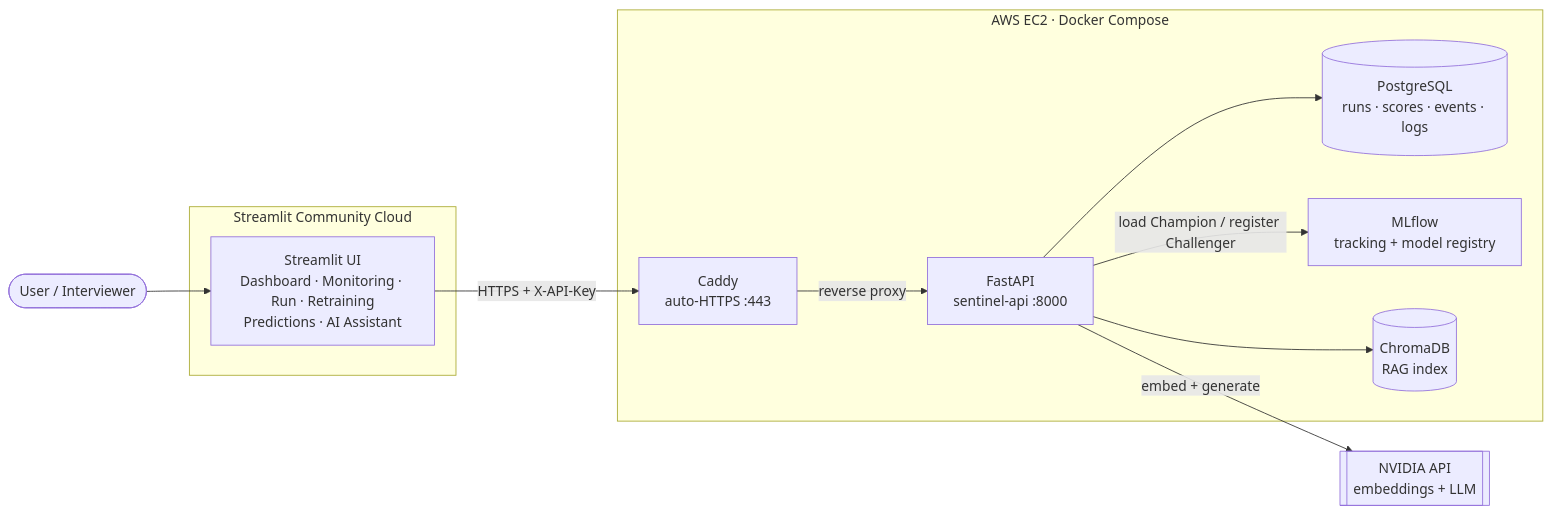
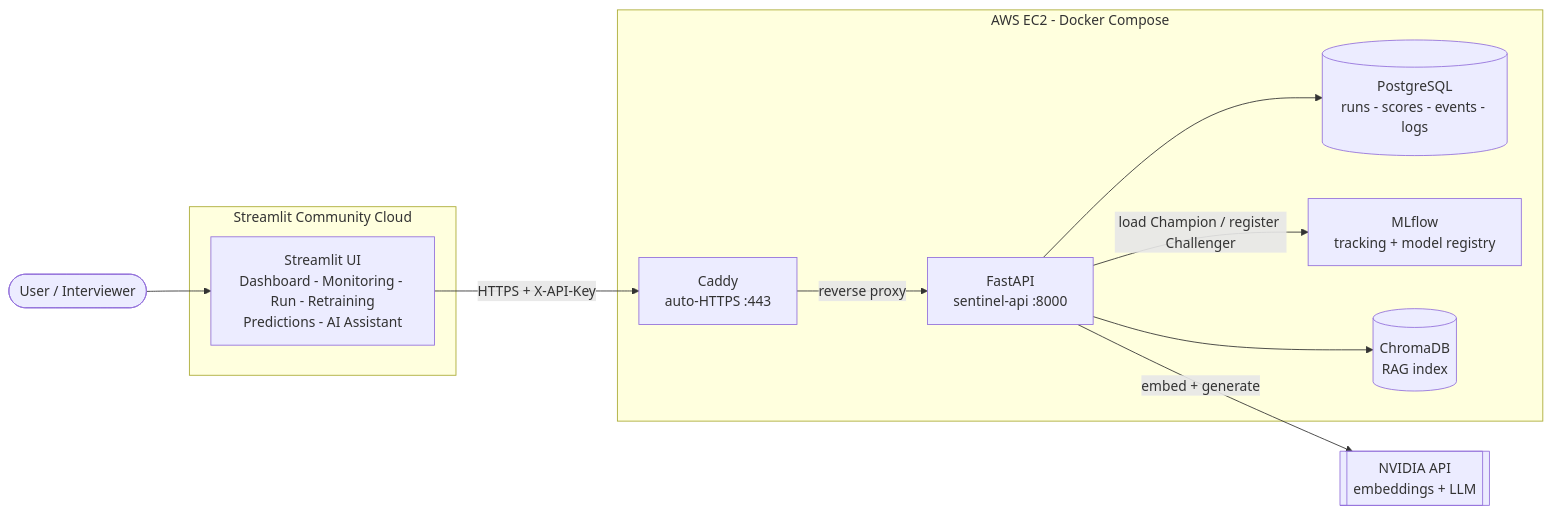
One commit to mohvijayjain/Sentinel-AI changed the first of 4 diagrams in README.md. Above: the diagram before and after it, drawn with Mermaid. The commit also changed other lines of this file, not shown here.

Commit message:
README: use plain-text Mermaid diagrams so GitHub renders them

````diff
--- a/README.md
+++ b/README.md
@@ -23,26 +23,26 @@
 ```mermaid
 flowchart LR
     User([User / Interviewer])
 
     subgraph UI["Streamlit Community Cloud"]
-        ST[Streamlit UI<br/>Dashboard · Monitoring · Run · Retraining<br/>Predictions · AI Assistant]
+        ST[Streamlit UI<br/>Dashboard - Monitoring - Run - Retraining<br/>Predictions - AI Assistant]
     end
 
-    subgraph EC2["AWS EC2 · Docker Compose"]
+    subgraph EC2["AWS EC2 - Docker Compose"]
         CADDY[Caddy<br/>auto-HTTPS :443]
         API[FastAPI<br/>sentinel-api :8000]
-        PG[(PostgreSQL<br/>runs · scores · events · logs)]
+        PG[(PostgreSQL<br/>runs - scores - events - logs)]
         ML[MLflow<br/>tracking + model registry]
         CH[(ChromaDB<br/>RAG index)]
     end
 
     NV[[NVIDIA API<br/>embeddings + LLM]]
 
     User --> ST
     ST -- "HTTPS + X-API-Key" --> CADDY
     CADDY -- reverse proxy --> API
     API --> PG
     API -- "load Champion / register Challenger" --> ML
     API --> CH
     API -- "embed + generate" --> NV
 ```
````
